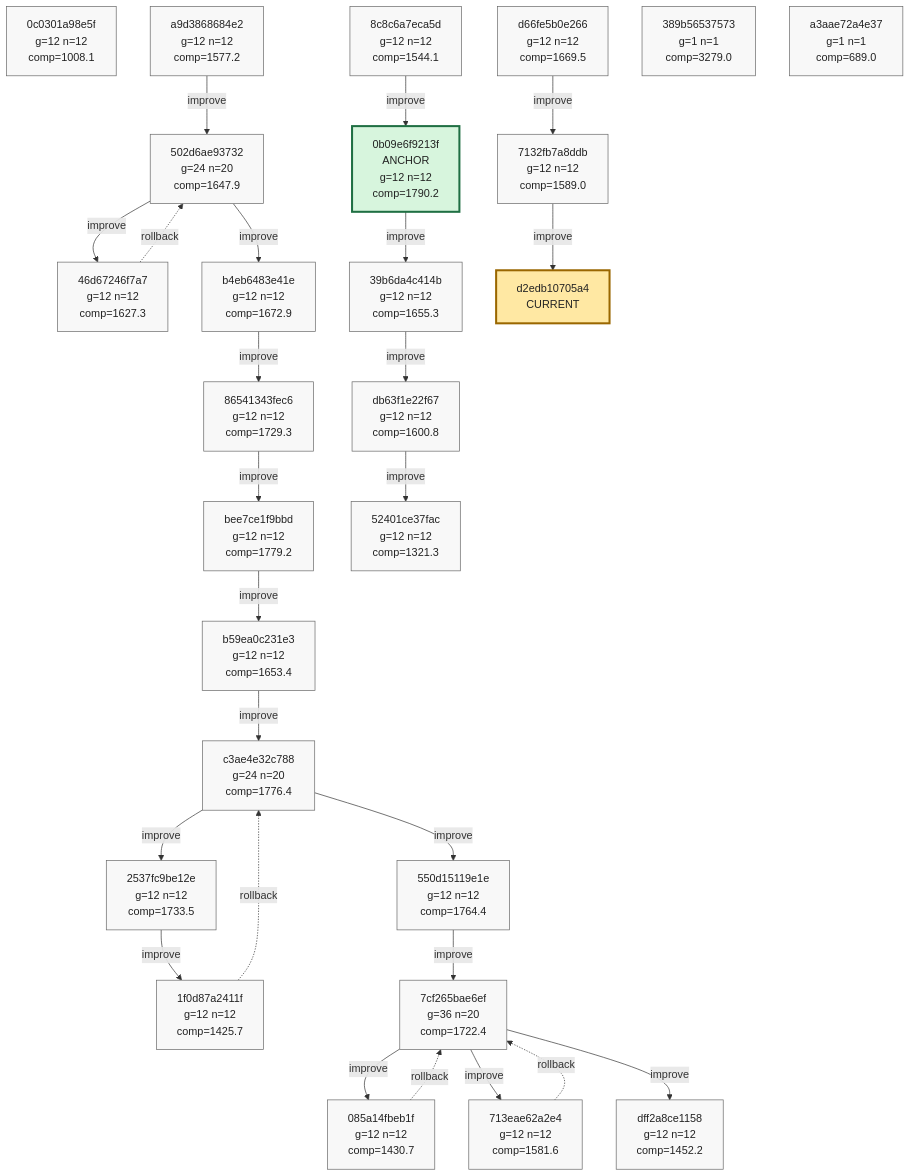
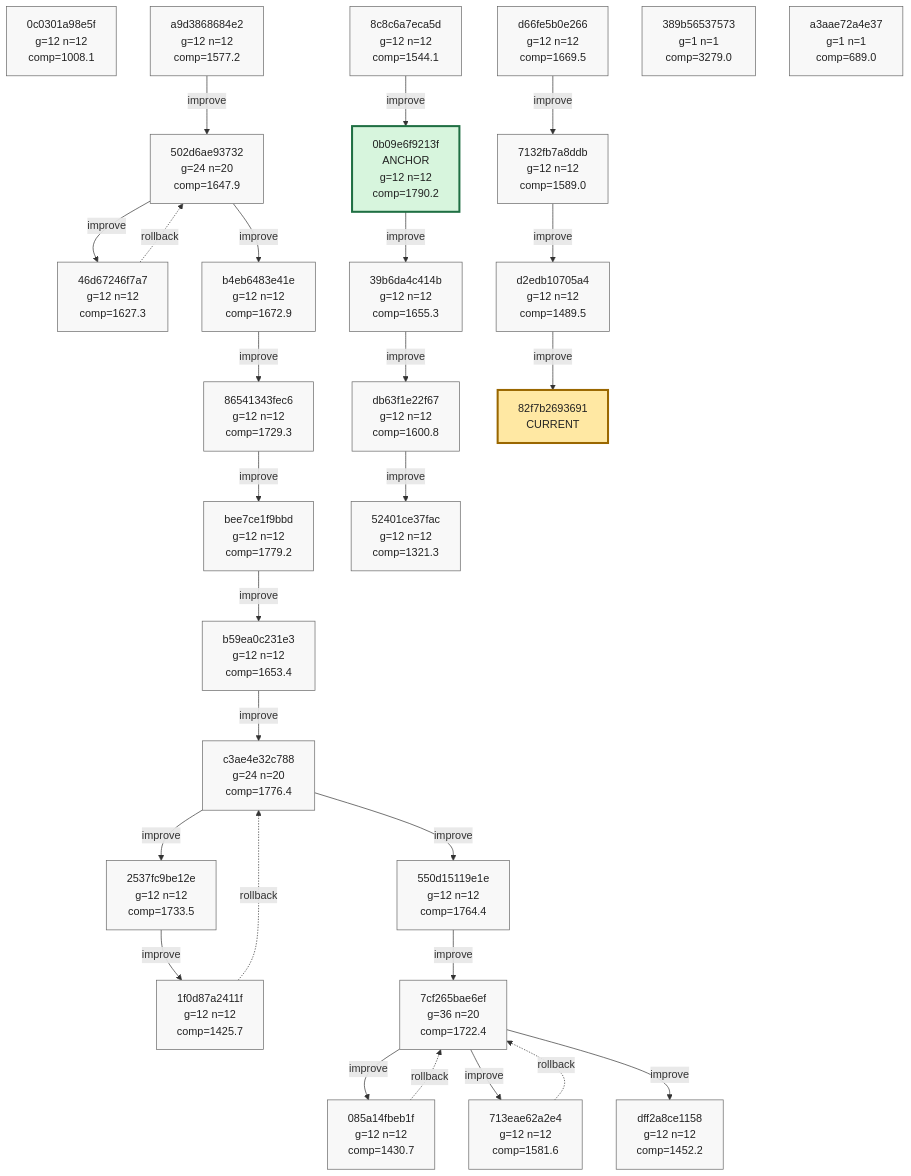
The tenth of 10 diagrams in phyrogenetic-tree.md (azumag/soviet_now), drawn with Mermaid before and after one commit. The commit also changed other lines of this file and 2 other files, not shown here.

Commit message:
eloop Improve after 12 games (scores: 1914 1971 1031 1676 1490 3859 2561 1617 824 2468 1056 1237)

````diff
--- a/phyrogenetic-tree.md
+++ b/phyrogenetic-tree.md
@@ -2563,9 +2560,10 @@
     h_52401ce37fac["52401ce37fac<br/>g=12 n=12<br/>comp=1321.3"]
     h_d66fe5b0e266["d66fe5b0e266<br/>g=12 n=12<br/>comp=1669.5"]
     h_7132fb7a8ddb["7132fb7a8ddb<br/>g=12 n=12<br/>comp=1589.0"]
+    h_d2edb10705a4["d2edb10705a4<br/>g=12 n=12<br/>comp=1489.5"]
     h_389b56537573["389b56537573<br/>g=1 n=1<br/>comp=3279.0"]
     h_a3aae72a4e37["a3aae72a4e37<br/>g=1 n=1<br/>comp=689.0"]
-    h_d2edb10705a4["d2edb10705a4<br/>CURRENT"]
+    h_82f7b2693691["82f7b2693691<br/>CURRENT"]
 
     h_a9d3868684e2 -->|improve| h_502d6ae93732
     h_502d6ae93732 -->|improve| h_46d67246f7a7
@@ -2591,6 +2589,7 @@
     h_db63f1e22f67 -->|improve| h_52401ce37fac
     h_d66fe5b0e266 -->|improve| h_7132fb7a8ddb
     h_7132fb7a8ddb -->|improve| h_d2edb10705a4
+    h_d2edb10705a4 -->|improve| h_82f7b2693691
 
     classDef plain fill:#f8f8f8,stroke:#666,stroke-width:1px,color:#222;
     classDef current fill:#ffe8a3,stroke:#9a6700,stroke-width:3px,color:#222;
@@ -2620,7 +2619,8 @@
     class h_52401ce37fac plain;
     class h_d66fe5b0e266 plain;
     class h_7132fb7a8ddb plain;
+    class h_d2edb10705a4 plain;
     class h_389b56537573 plain;
     class h_a3aae72a4e37 plain;
-    class h_d2edb10705a4 current;
+    class h_82f7b2693691 current;
 ```
````
